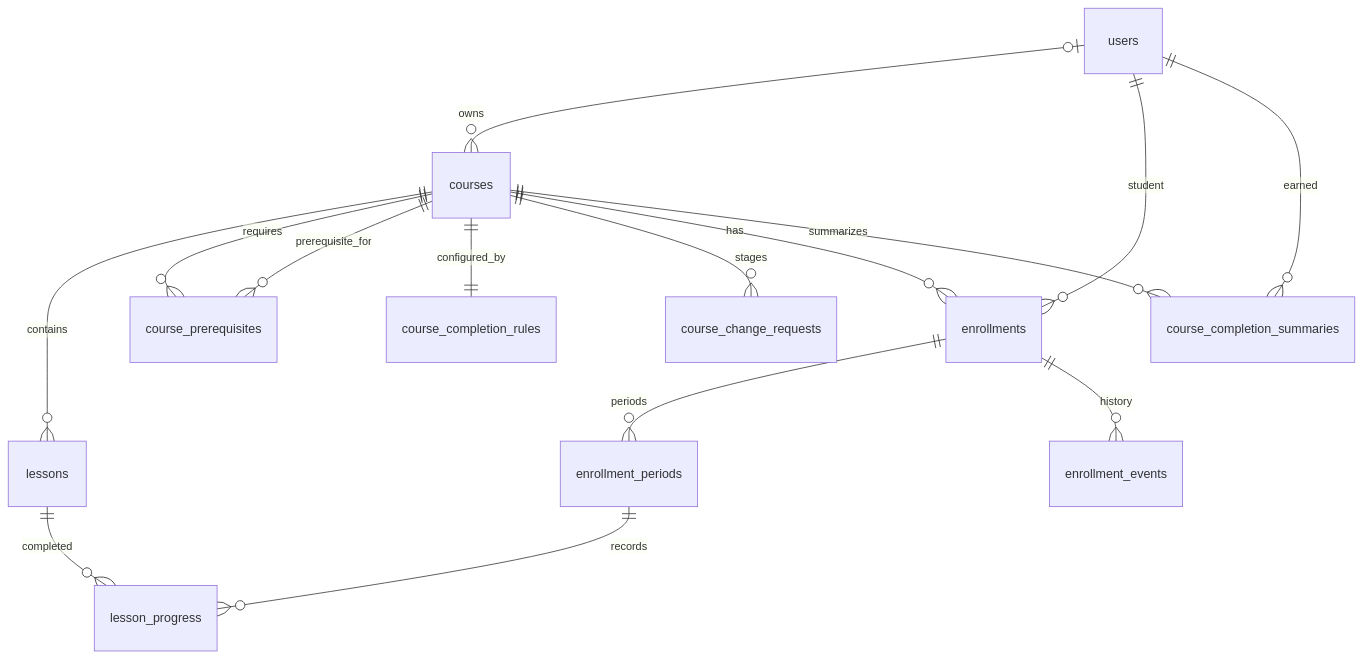
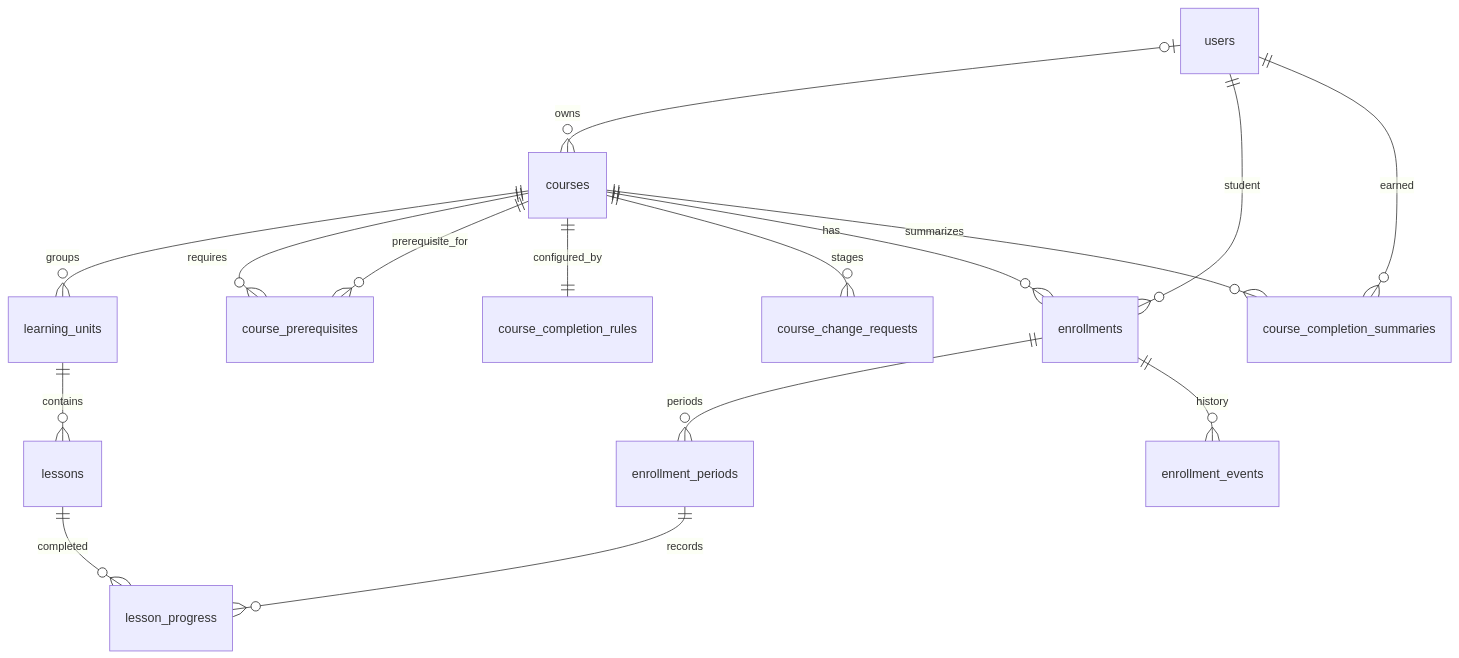
One commit to concatapchay123/PWD301 changed the third of 10 diagrams in docs/database/PWD301_DATABASE_ARCHITECTURE/03_ERD.md. Above: the diagram before and after it, drawn with Mermaid. The commit also changed other lines of this file and 85 other files, not shown here.

Commit message:
feat(workflow,units,exam): implement learning units hierarchy, exam policy settings, and UI/UX workflow redesign

````diff
--- a/docs/database/PWD301_DATABASE_ARCHITECTURE/03_ERD.md
+++ b/docs/database/PWD301_DATABASE_ARCHITECTURE/03_ERD.md
@@ -45,17 +47,18 @@
 ```mermaid
 erDiagram
     users o|--o{ courses : owns
-    courses ||--o{ lessons : contains
+    courses ||--o{ learning_units : groups
+    learning_units ||--o{ lessons : contains
     courses ||--o{ course_prerequisites : requires
     courses ||--o{ course_prerequisites : prerequisite_for
     courses ||--|| course_completion_rules : configured_by
     courses ||--o{ course_change_requests : stages
     users ||--o{ enrollments : student
     courses ||--o{ enrollments : has
     enrollments ||--o{ enrollment_periods : periods
     enrollments ||--o{ enrollment_events : history
     enrollment_periods ||--o{ lesson_progress : records
     lessons ||--o{ lesson_progress : completed
     users ||--o{ course_completion_summaries : earned
     courses ||--o{ course_completion_summaries : summarizes
 ```
````
